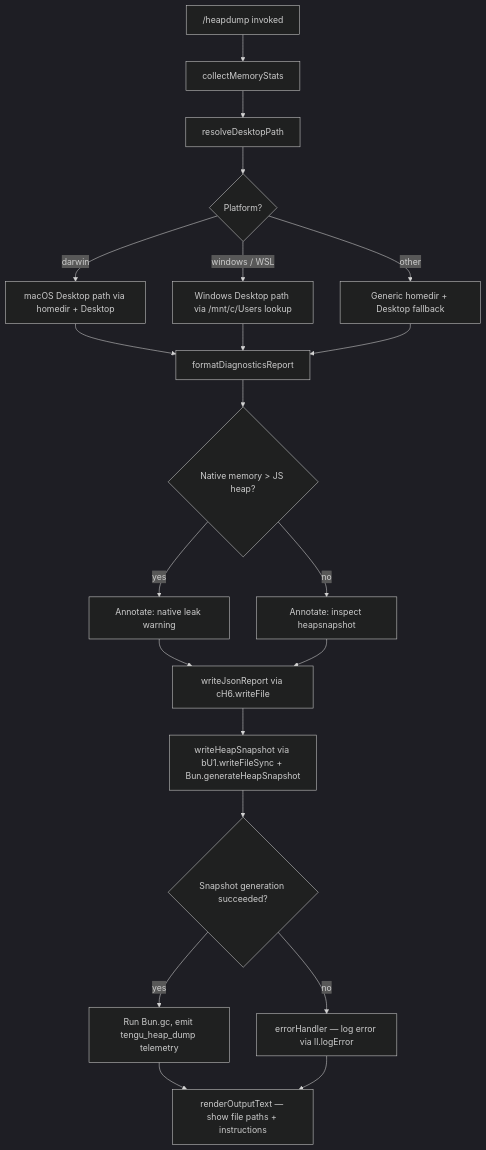
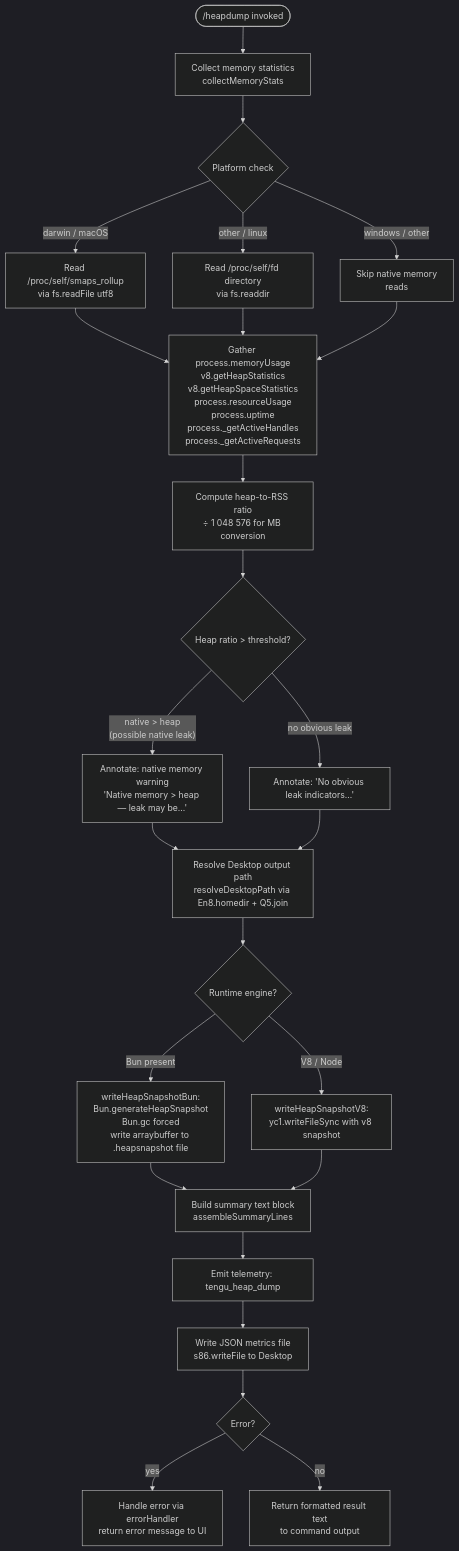
The diagram in versions/v2.1.153/heapdump.md (MyLittleLuckyDog/cc-gnothi), drawn with Mermaid (dark theme) before and after one commit. The commit also changed other lines of this file and 593 other files, not shown here.

````diff
--- a/versions/v2.1.153/heapdump.md
+++ b/versions/v2.1.153/heapdump.md
@@ -48,20 +55,23 @@
 ```mermaid
 flowchart TD
-    A["/heapdump invoked"] --> B[collectMemoryStats]
-    B --> C[resolveDesktopPath]
-    C --> D{Platform?}
-    D -->|darwin| E[macOS Desktop path via homedir + Desktop]
-    D -->|windows / WSL| F[Windows Desktop path via /mnt/c/Users lookup]
-    D -->|other| G[Generic homedir + Desktop fallback]
-    E & F & G --> H[formatDiagnosticsReport]
-    H --> I{Native memory > JS heap?}
-    I -->|yes| J[Annotate: native leak warning]
-    I -->|no| K[Annotate: inspect heapsnapshot]
-    J & K --> L[writeJsonReport via cH6.writeFile]
-    L --> M[writeHeapSnapshot via bU1.writeFileSync + Bun.generateHeapSnapshot]
-    M --> N{Snapshot generation succeeded?}
-    N -->|yes| O[Run Bun.gc, emit tengu_heap_dump telemetry]
-    N -->|no| P[errorHandler — log error via ll.logError]
-    O --> Q[renderOutputText — show file paths + instructions]
-    P --> Q
+    A(["/heapdump invoked"]) --> B[Collect memory statistics\ncollectMemoryStats]
+    B --> C{Platform check}
+    C -- "darwin / macOS" --> D[Read /proc/self/smaps_rollup\nvia fs.readFile utf8]
+    C -- "other / linux" --> E[Read /proc/self/fd directory\nvia fs.readdir]
+    C -- "windows / other" --> F[Skip native memory\nreads]
+    D & E & F --> G[Gather process.memoryUsage\nv8.getHeapStatistics\nv8.getHeapSpaceStatistics\nprocess.resourceUsage\nprocess.uptime\nprocess._getActiveHandles\nprocess._getActiveRequests]
+    G --> H[Compute heap-to-RSS ratio\n÷ 1 048 576 for MB conversion]
+    H --> I{Heap ratio > threshold?}
+    I -- "native > heap\n(possible native leak)" --> J[Annotate: native memory warning\n'Native memory > heap — leak may be…']
+    I -- "no obvious leak" --> K[Annotate: 'No obvious leak indicators…']
+    J & K --> L[Resolve Desktop output path\nresolveDesktopPath via En8.homedir + Q5.join]
+    L --> M{Runtime engine?}
+    M -- "Bun present" --> N[writeHeapSnapshotBun:\nBun.generateHeapSnapshot\nBun.gc forced\nwrite arraybuffer to .heapsnapshot file]
+    M -- "V8 / Node" --> O[writeHeapSnapshotV8:\nyc1.writeFileSync with v8 snapshot]
+    N & O --> P[Build summary text block\nassembleSummaryLines]
+    P --> Q[Emit telemetry: tengu_heap_dump]
+    Q --> R[Write JSON metrics file\ns86.writeFile to Desktop]
+    R --> S{Error?}
+    S -- "yes" --> T[Handle error via errorHandler\nreturn error message to UI]
+    S -- "no" --> U[Return formatted result text\nto command output]
 ```
````
